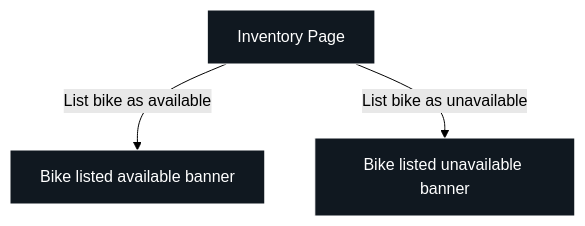
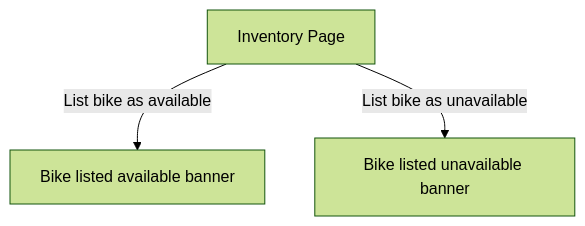
Before and after one commit to brendanb627/Bessman-Bend-Bike-Shop: the seventh of 10 diagrams in initial_design_doc.md, drawn with Mermaid (forest theme). The commit also changed other lines of this file, not shown here.

Commit message:
add interfaces, class and er diagram

````diff
--- a/initial_design_doc.md
+++ b/initial_design_doc.md
@@ -160,12 +157,10 @@
 ```mermaid
 flowchart TD
     InventoryPage[Inventory Page]
 
     InventoryPage -->|List bike as available| AvailableBanner[Bike listed available banner]
     InventoryPage -->|List bike as unavailable| UnavailableBanner[Bike listed unavailable banner]
 
-    classDef page fill:#101820,stroke:#ffffff,color:#ffffff
-    classDef result fill:#101820,stroke:#ffffff,color:#ffffff
     class InventoryPage page
     class AvailableBanner,UnavailableBanner result
 ```
````
